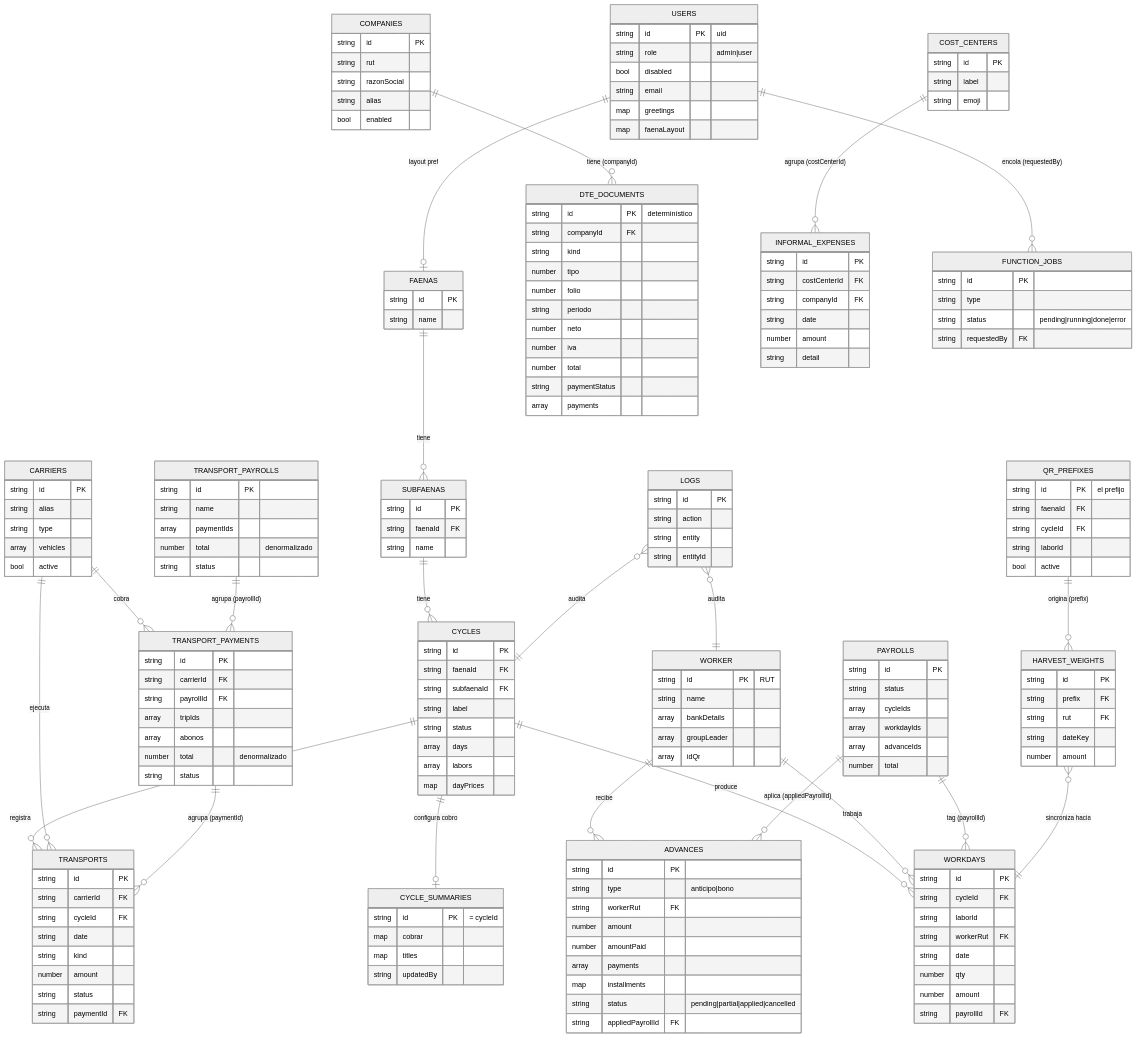
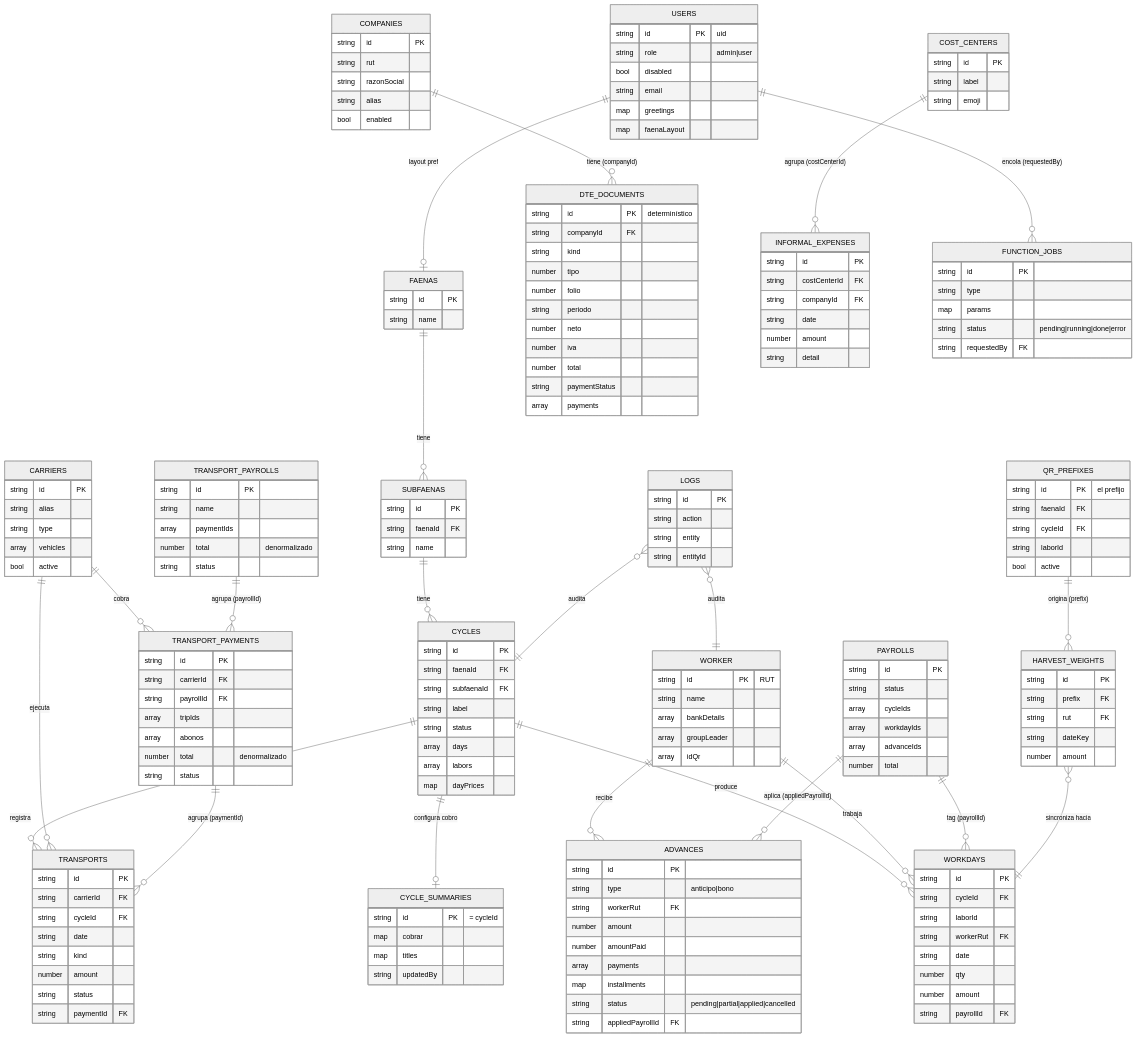
The diagram in docs/data-model.md (ServiciosAgricolasHP/TeRRaAdmin), drawn with Mermaid (neutral theme) before and after one commit. The commit also changed other lines of this file and 11 other files, not shown here.

```diff
--- a/docs/data-model.md
+++ b/docs/data-model.md
@@ -666,6 +670,7 @@
     FUNCTION_JOBS {
         string id PK
         string type
+        map    params
         string status "pending|running|done|error"
         string requestedBy FK
     }
```
